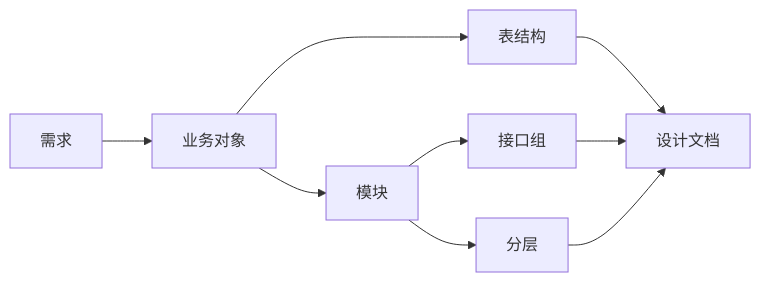
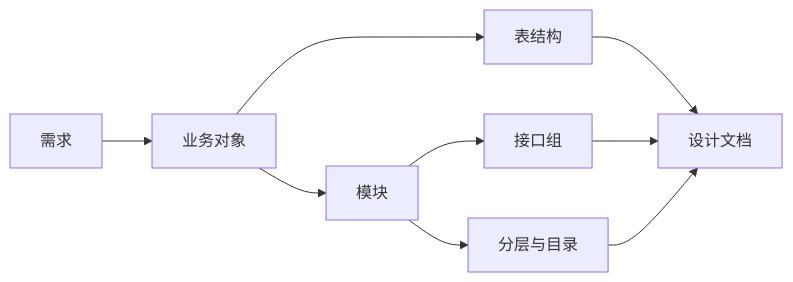
One commit to PrinZzzzjn/software-engineering-textbook changed the first of 3 diagrams in 软件工程实践-2.0/06-软件设计与建模.md. Above: the diagram before and after it, drawn with Mermaid. The commit also changed other lines of this file and 41 other files, not shown here.

````diff
--- a/软件工程实践-2.0/06-软件设计与建模.md
+++ b/软件工程实践-2.0/06-软件设计与建模.md
@@ -50,11 +57,11 @@
 ```mermaid
 flowchart LR
     R[需求] --> O[业务对象]
     O --> T[表结构]
     O --> M[模块]
     M --> I[接口组]
-    M --> L[分层]
+    M --> L[分层与目录]
     T --> D[设计文档]
     I --> D
     L --> D
 ```
````
